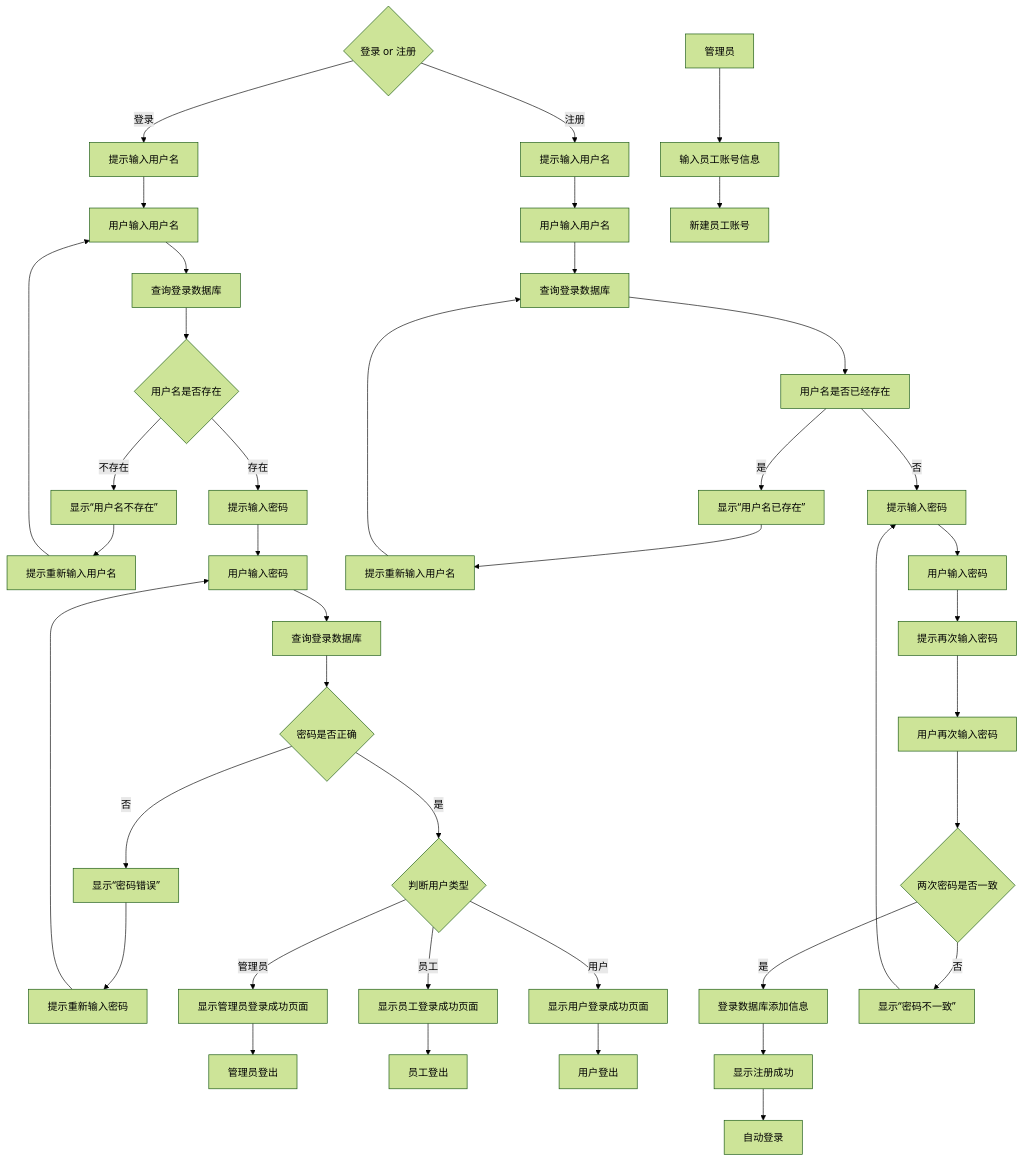
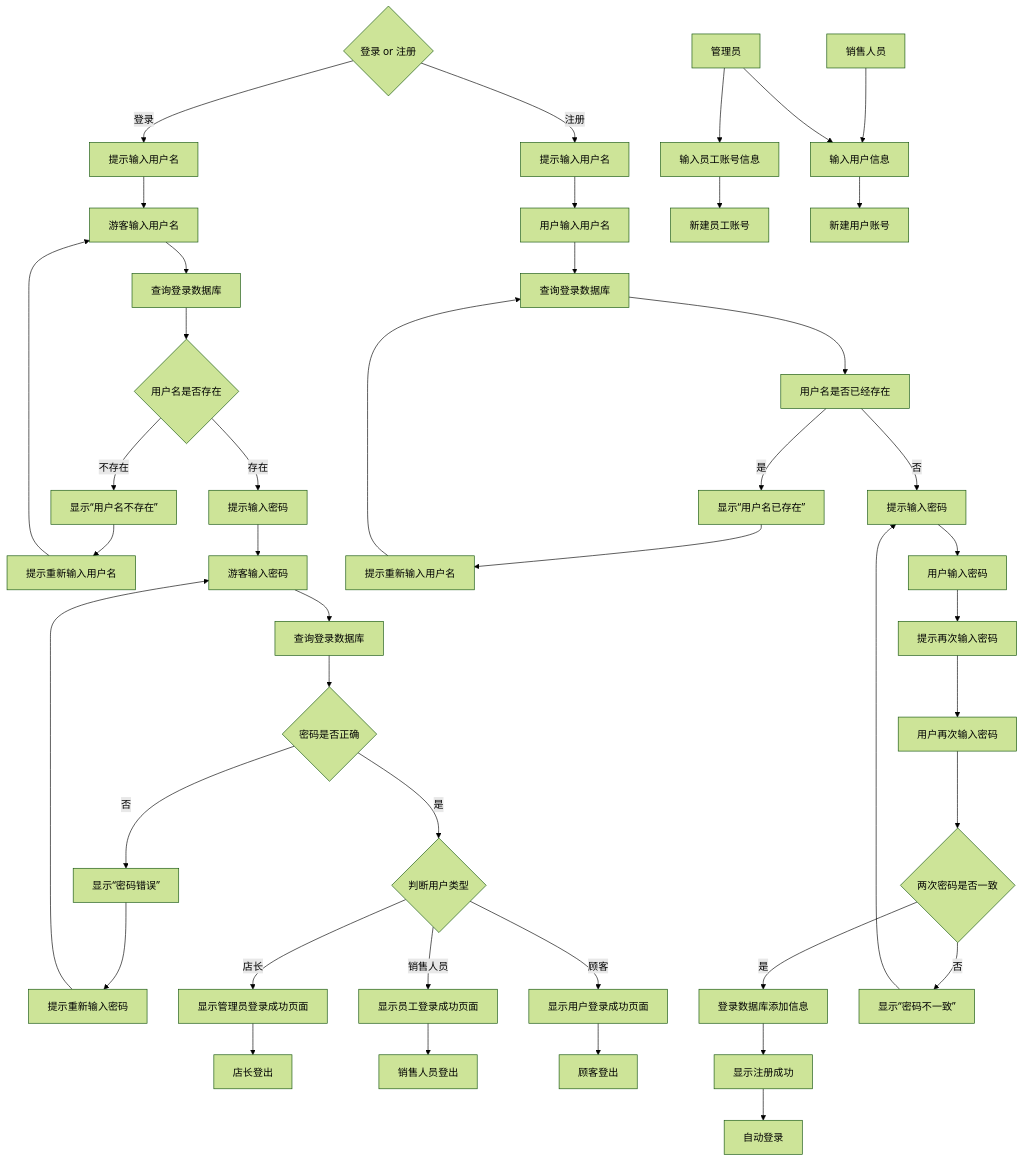
The second of 8 diagrams in 需求分析文档.md (yuki-cjm/Bookstore-2025), drawn with Mermaid (forest theme) before and after one commit. The commit also changed other lines of this file, not shown here.

````diff
--- a/需求分析文档.md
+++ b/需求分析文档.md
@@ -30,58 +30,62 @@
 ```mermaid
 graph TD
     AA{登录 or 注册}
 
     AA-->|登录|A[提示输入用户名]
-    A-->B[用户输入用户名]
+    A-->B[游客输入用户名]
     B-->C[查询登录数据库]
     C-->D{用户名是否存在}
 
     D-->|存在|E[提示输入密码]
     D-->|不存在|N[显示“用户名不存在”]
 
     N-->O[提示重新输入用户名]
     O-->B
 
-    E-->G[用户输入密码]
+    E-->G[游客输入密码]
     G-->F[查询登录数据库]
     F-->H{密码是否正确}
 
     H-->|是|I{判断用户类型}
     H-->|否|J[显示“密码错误”]
 
     J-->P[提示重新输入密码]
     P-->G
 
-    I-->|管理员|K[显示管理员登录成功页面]
-    I-->|员工|L[显示员工登录成功页面]
-    I-->|用户|M[显示用户登录成功页面]
+    I-->|店长|K[显示管理员登录成功页面]
+    I-->|销售人员|L[显示员工登录成功页面]
+    I-->|顾客|M[显示用户登录成功页面]
 
-    K-->K1[管理员登出]
-    L-->L1[员工登出]
-    M-->M1[用户登出]
+    K-->K1[店长登出]
+    L-->L1[销售人员登出]
+    M-->M1[顾客登出]
 
     AA-->|注册|AB[提示输入用户名]
     AB-->AC[用户输入用户名]
     AC-->AD[查询登录数据库]
     AD-->AE[用户名是否已经存在]
     AE-->|是|AF[显示“用户名已存在”]
     
     AF-->AFA[提示重新输入用户名]
     AFA-->AD
 
     AE-->|否|AFB[提示输入密码]
     AFB-->AG[用户输入密码]
     AG-->AH[提示再次输入密码]
     AH-->AI[用户再次输入密码]
     AI-->AJ{两次密码是否一致}
 
     AJ-->|是|AJA[登录数据库添加信息]
     AJA-->AJB[显示注册成功]
     AJB-->AJC[自动登录]
 
     AJ-->|否|AJD[显示“密码不一致”]
     AJD-->AFB
 
     Q[管理员]-->R[输入员工账号信息]
     R-->S[新建员工账号]
+
+    T[销售人员]-->U[输入用户信息]
+    U-->V[新建用户账号]
+    Q-->U
 ```
````
